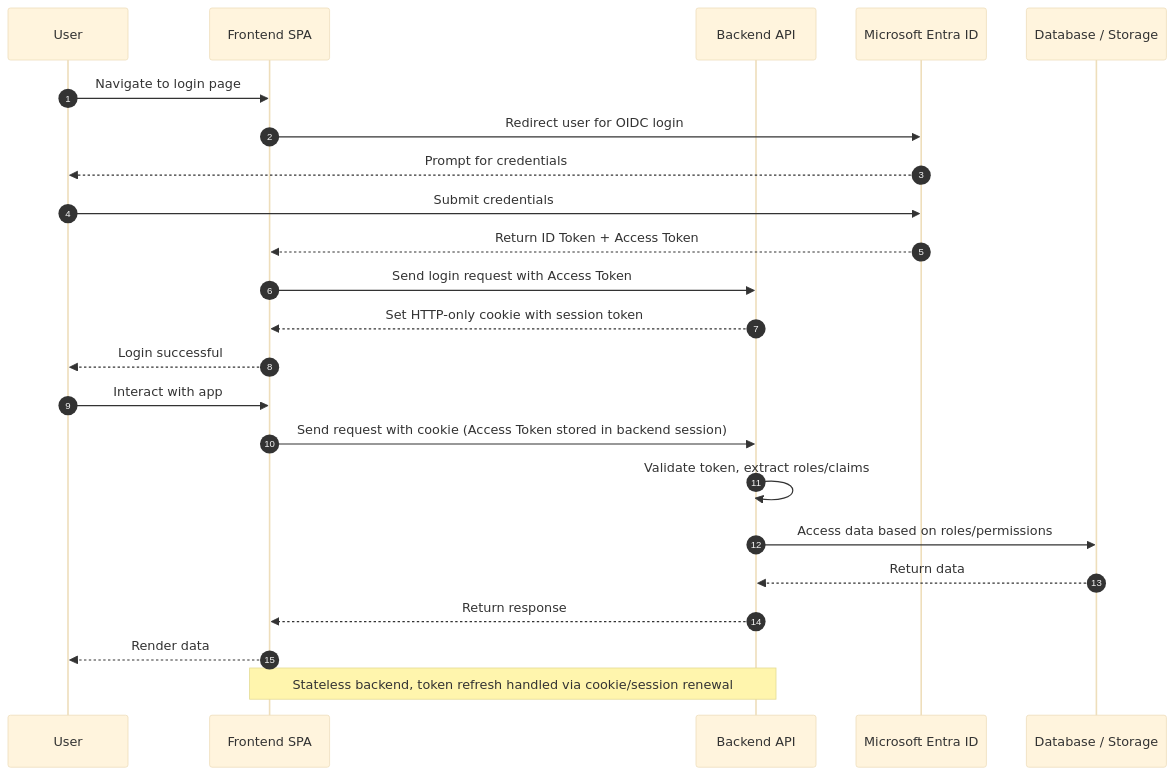
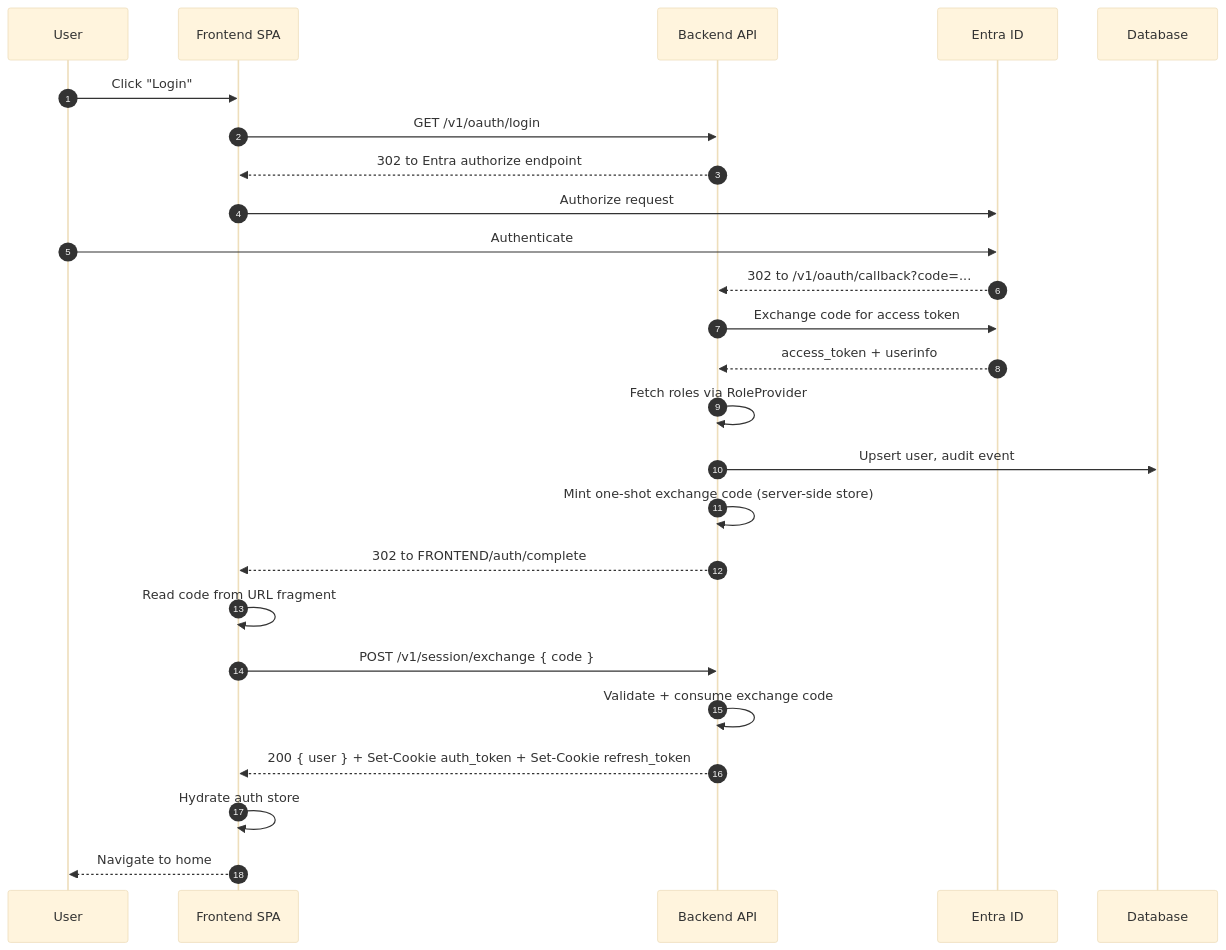
Before and after one commit to EPFL-ENAC/co2-calculator: the second of 3 diagrams in docs/src/architecture/04-auth-flow.md, drawn with Mermaid (base theme). The commit also changed other lines of this file and 1 other file, not shown here.

First line of the commit message:
docs(#458): in-depth auth-flow architecture documentation

````diff
--- a/docs/src/architecture/04-auth-flow.md
+++ b/docs/src/architecture/04-auth-flow.md
@@ -5,33 +37,28 @@
 ```mermaid
 sequenceDiagram
     autonumber
-    participant User
+    participant U as User
     participant SPA as Frontend SPA
     participant API as Backend API
-    participant Entra as Microsoft Entra ID
-    participant DB as Database / Storage
+    participant Entra as Entra ID
+    participant DB as Database
 
-    %% Login Flow
-    User->>SPA: Navigate to login page
-    SPA->>Entra: Redirect user for OIDC login
-    Entra-->>User: Prompt for credentials
-    User->>Entra: Submit credentials
-    Entra-->>SPA: Return ID Token + Access Token
-
-    %% Cookie Handling
-    SPA->>API: Send login request with Access Token
-    API-->>SPA: Set HTTP-only cookie with session token
-    SPA-->>User: Login successful
-
-    %% API Requests
-    User->>SPA: Interact with app
-    SPA->>API: Send request with cookie (Access Token stored in backend session)
-    API->>API: Validate token, extract roles/claims
-    API->>DB: Access data based on roles/permissions
-    DB-->>API: Return data
-    API-->>SPA: Return response
-    SPA-->>User: Render data
-
-    %% Optional Refresh
-    Note over SPA, API: Stateless backend, token refresh handled via cookie/session renewal
+    U->>SPA: Click "Login"
+    SPA->>API: GET /v1/oauth/login
+    API-->>SPA: 302 to Entra authorize endpoint
+    SPA->>Entra: Authorize request
+    U->>Entra: Authenticate
+    Entra-->>API: 302 to /v1/oauth/callback?code=...
+    API->>Entra: Exchange code for access token
+    Entra-->>API: access_token + userinfo
+    API->>API: Fetch roles via RoleProvider
+    API->>DB: Upsert user, audit event
+    API->>API: Mint one-shot exchange code (server-side store)
+    API-->>SPA: 302 to FRONTEND/auth/complete#code=<exchange_code>
+    SPA->>SPA: Read code from URL fragment
+    SPA->>API: POST /v1/session/exchange { code }
+    API->>API: Validate + consume exchange code
+    API-->>SPA: 200 { user } + Set-Cookie auth_token + Set-Cookie refresh_token
+    SPA->>SPA: Hydrate auth store
+    SPA-->>U: Navigate to home
 ```
````
